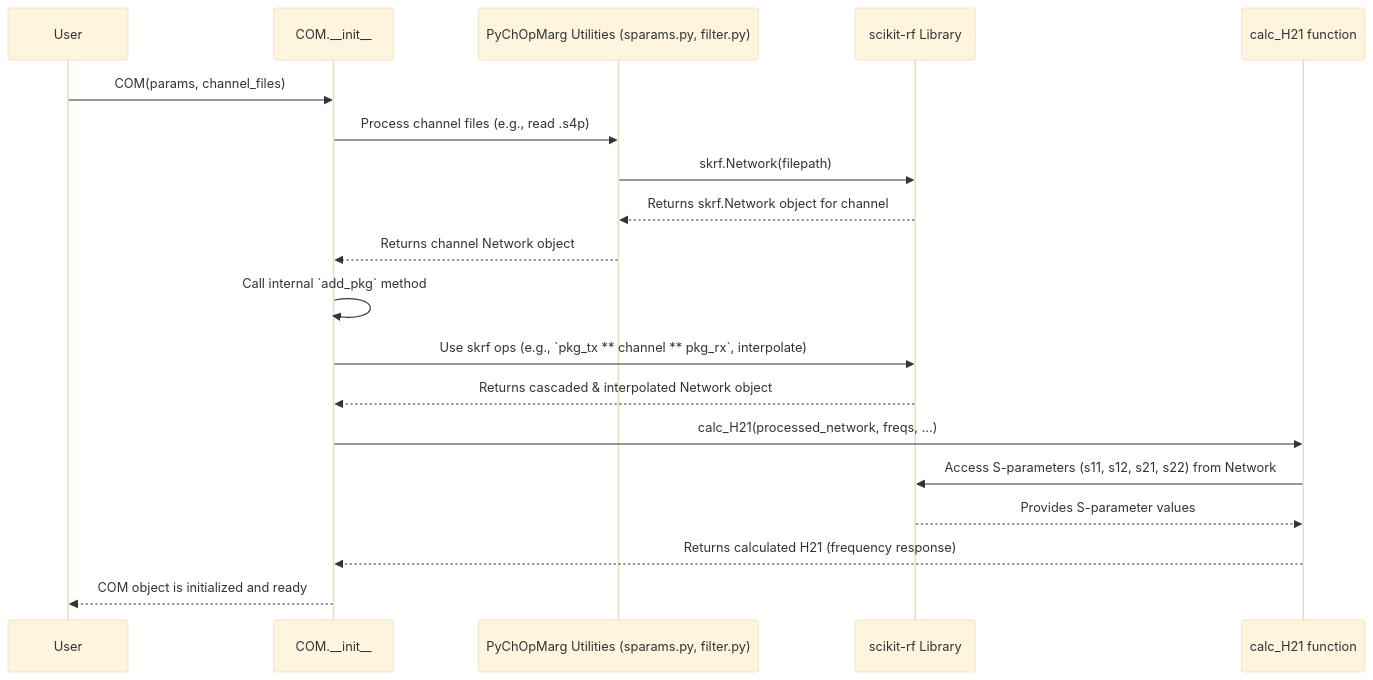
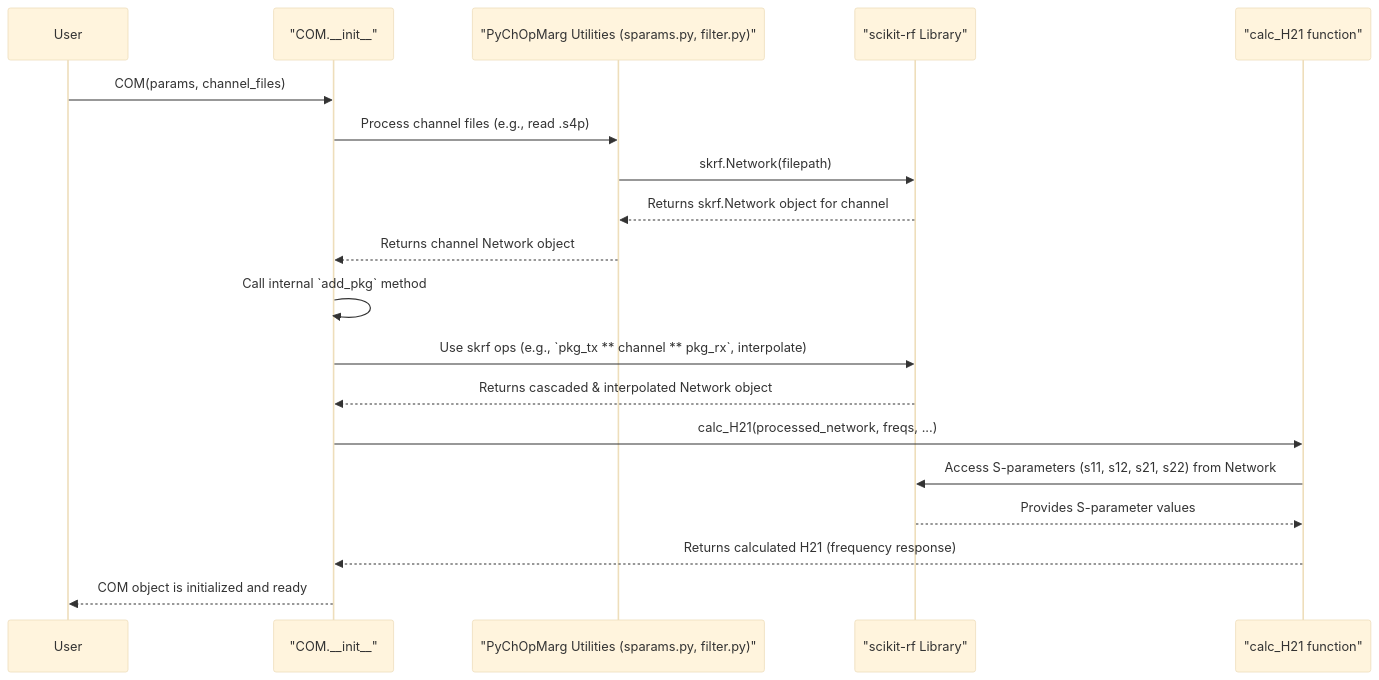
The diagram in output/PyChOpMarg/03_signal_path_representation__s_parameters__.md (jueshi/PocketFlow-Tutorial-Codebase-Knowledge), drawn with Mermaid (base theme) before and after one commit. The commit also changed 282 other files, not shown here.

````diff
--- a/output/PyChOpMarg/03_signal_path_representation__s_parameters__.md
+++ b/output/PyChOpMarg/03_signal_path_representation__s_parameters__.md
@@ -98,22 +98,22 @@
 ```mermaid
 sequenceDiagram
     participant User
-    participant COM_Init as COM.__init__
-    participant Utils as PyChOpMarg Utilities (sparams.py, filter.py)
-    participant skrf as scikit-rf Library
-    participant H21_Calc as calc_H21 function
+    participant COM_Init as "COM.__init__"
+    participant Utils as "PyChOpMarg Utilities (sparams.py, filter.py)"
+    participant skrf as "scikit-rf Library"
+    participant H21_Calc as "calc_H21 function"
 
     User->>COM_Init: COM(params, channel_files)
     COM_Init->>Utils: Process channel files (e.g., read .s4p)
     Utils->>skrf: skrf.Network(filepath)
     skrf-->>Utils: Returns skrf.Network object for channel
     Utils-->>COM_Init: Returns channel Network object
     COM_Init->>COM_Init: Call internal `add_pkg` method
     COM_Init->>skrf: Use skrf ops (e.g., `pkg_tx ** channel ** pkg_rx`, interpolate)
     skrf-->>COM_Init: Returns cascaded & interpolated Network object
     COM_Init->>H21_Calc: calc_H21(processed_network, freqs, ...)
     H21_Calc->>skrf: Access S-parameters (s11, s12, s21, s22) from Network
     skrf-->>H21_Calc: Provides S-parameter values
     H21_Calc-->>COM_Init: Returns calculated H21 (frequency response)
     COM_Init-->>User: COM object is initialized and ready
 ```
````
